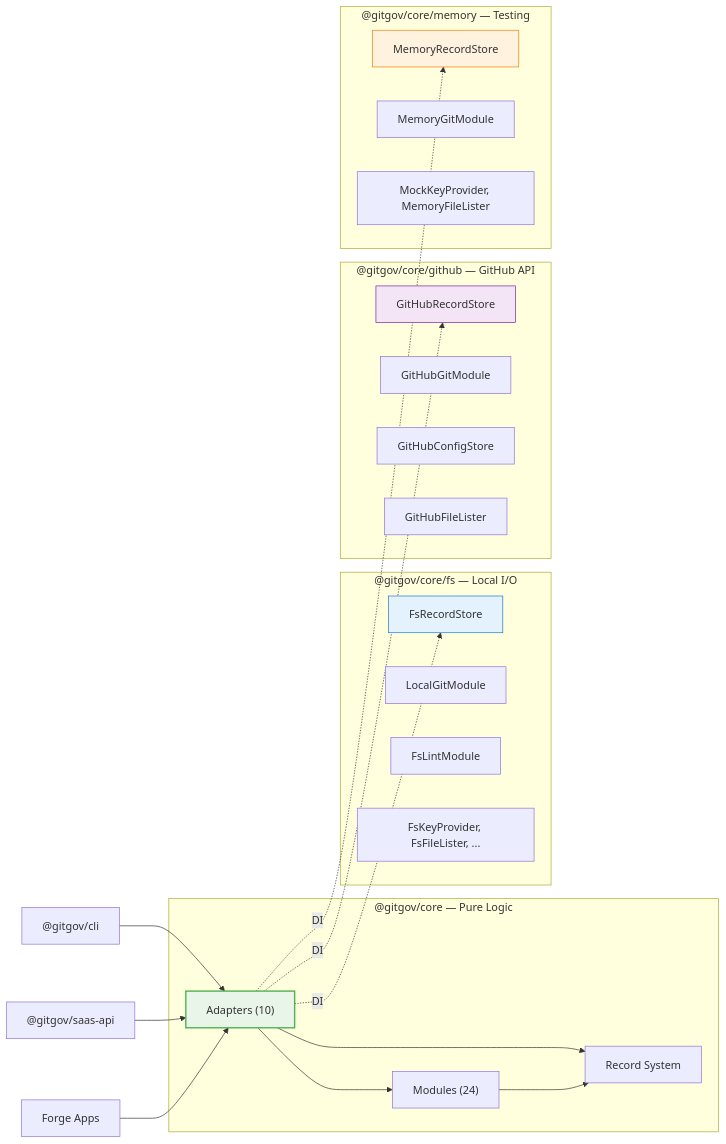
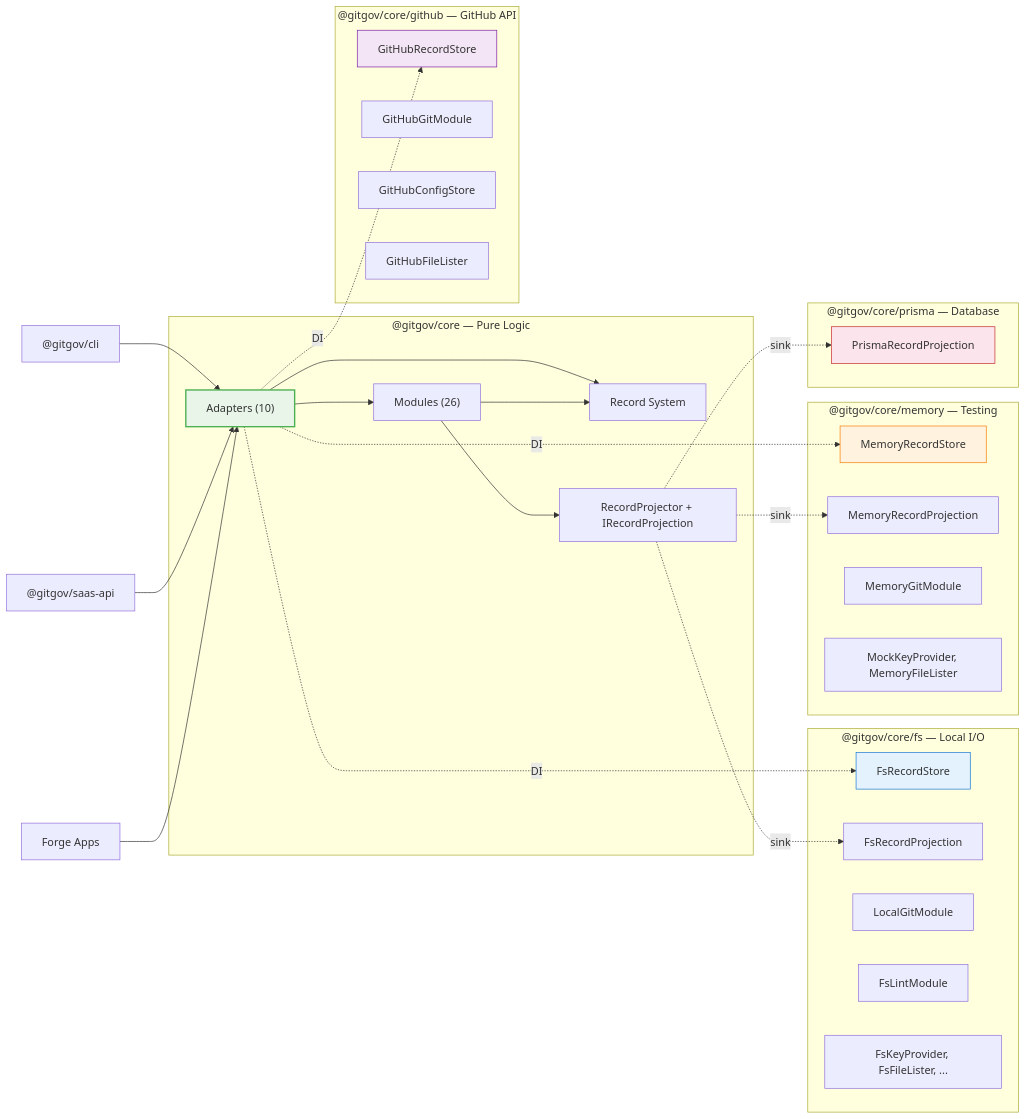
The diagram in packages/core/README.md (gitgovernance/monorepo), drawn with Mermaid before and after one commit. The commit also changed other lines of this file and 7 other files, not shown here.

First line of the commit message:
feat(core): add PrismaRecordProjection driver via @gitgov/core/prisma

````diff
--- a/packages/core/README.md
+++ b/packages/core/README.md
@@ -83,45 +83,57 @@
 ```mermaid
 graph LR
     subgraph "@gitgov/core — Pure Logic"
         Adapters["Adapters (10)"]
-        Modules["Modules (24)"]
+        Modules["Modules (26)"]
         Records["Record System"]
+        Projection["RecordProjector + IRecordProjection"]
 
         Adapters --> Modules
         Adapters --> Records
         Modules --> Records
+        Modules --> Projection
     end
 
     subgraph "@gitgov/core/fs — Local I/O"
         FsStore["FsRecordStore"]
+        FsProjection["FsRecordProjection"]
         FsGit["LocalGitModule"]
         FsLint["FsLintModule"]
         FsOther["FsKeyProvider, FsFileLister, ..."]
     end
 
     subgraph "@gitgov/core/github — GitHub API"
         GhStore["GitHubRecordStore"]
         GhGit["GitHubGitModule"]
         GhConfig["GitHubConfigStore"]
         GhFiles["GitHubFileLister"]
     end
 
     subgraph "@gitgov/core/memory — Testing"
         MemStore["MemoryRecordStore"]
+        MemProjection["MemoryRecordProjection"]
         MemGit["MemoryGitModule"]
         MemOther["MockKeyProvider, MemoryFileLister"]
+    end
+
+    subgraph "@gitgov/core/prisma — Database"
+        PrismaProjection["PrismaRecordProjection"]
     end
 
     Adapters -.->|DI| FsStore
     Adapters -.->|DI| GhStore
     Adapters -.->|DI| MemStore
+    Projection -.->|sink| FsProjection
+    Projection -.->|sink| MemProjection
+    Projection -.->|sink| PrismaProjection
 
     CLI["@gitgov/cli"] --> Adapters
     SaaS["@gitgov/saas-api"] --> Adapters
     Forge["Forge Apps"] --> Adapters
 
     style Adapters fill:#e8f5e8,stroke:#4caf50,stroke-width:2px
     style FsStore fill:#e3f2fd,stroke:#1976d2
     style GhStore fill:#f3e5f5,stroke:#7b1fa2
     style MemStore fill:#fff3e0,stroke:#f57c00
+    style PrismaProjection fill:#fce4ec,stroke:#c62828
 ```
````
